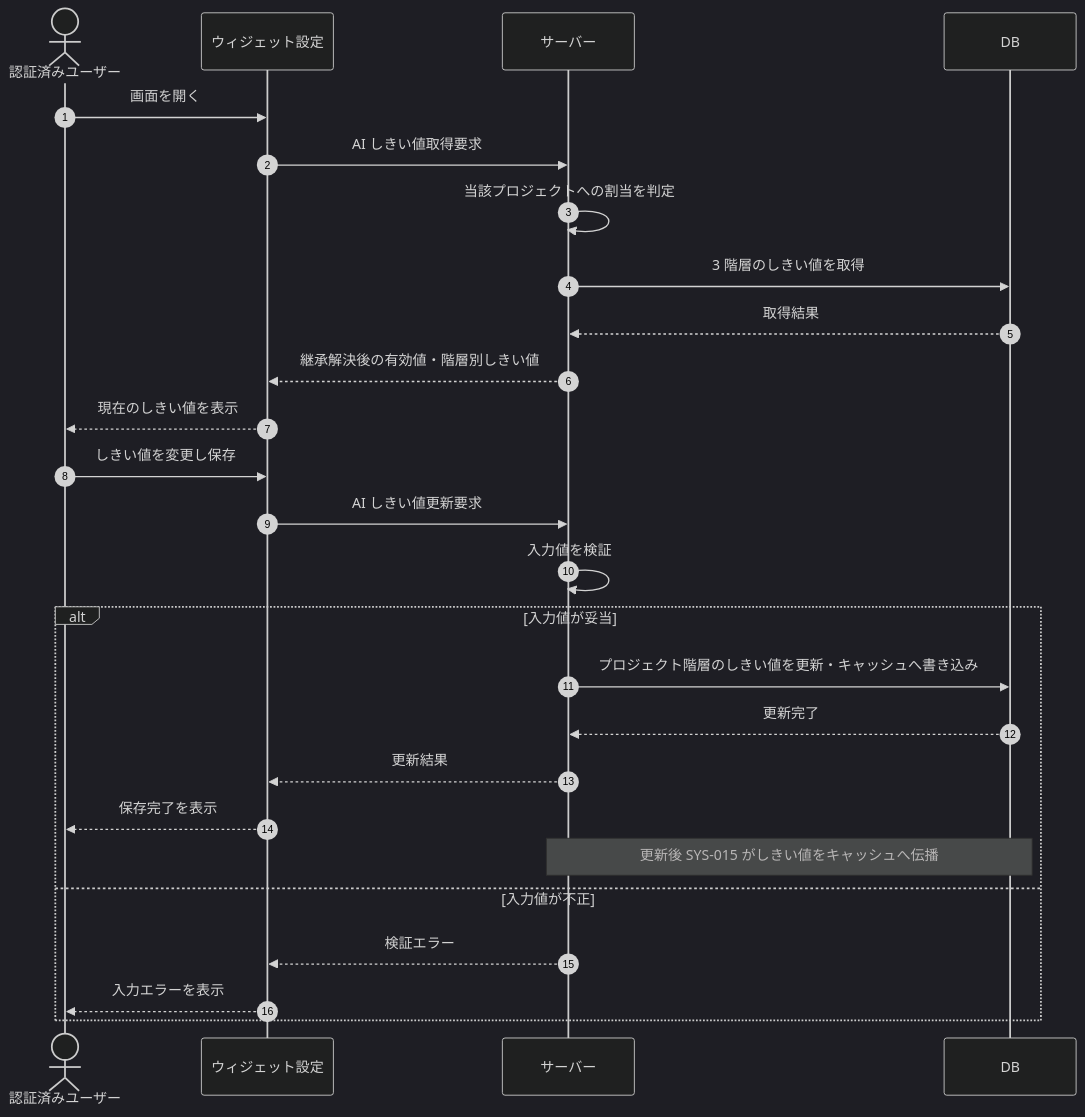
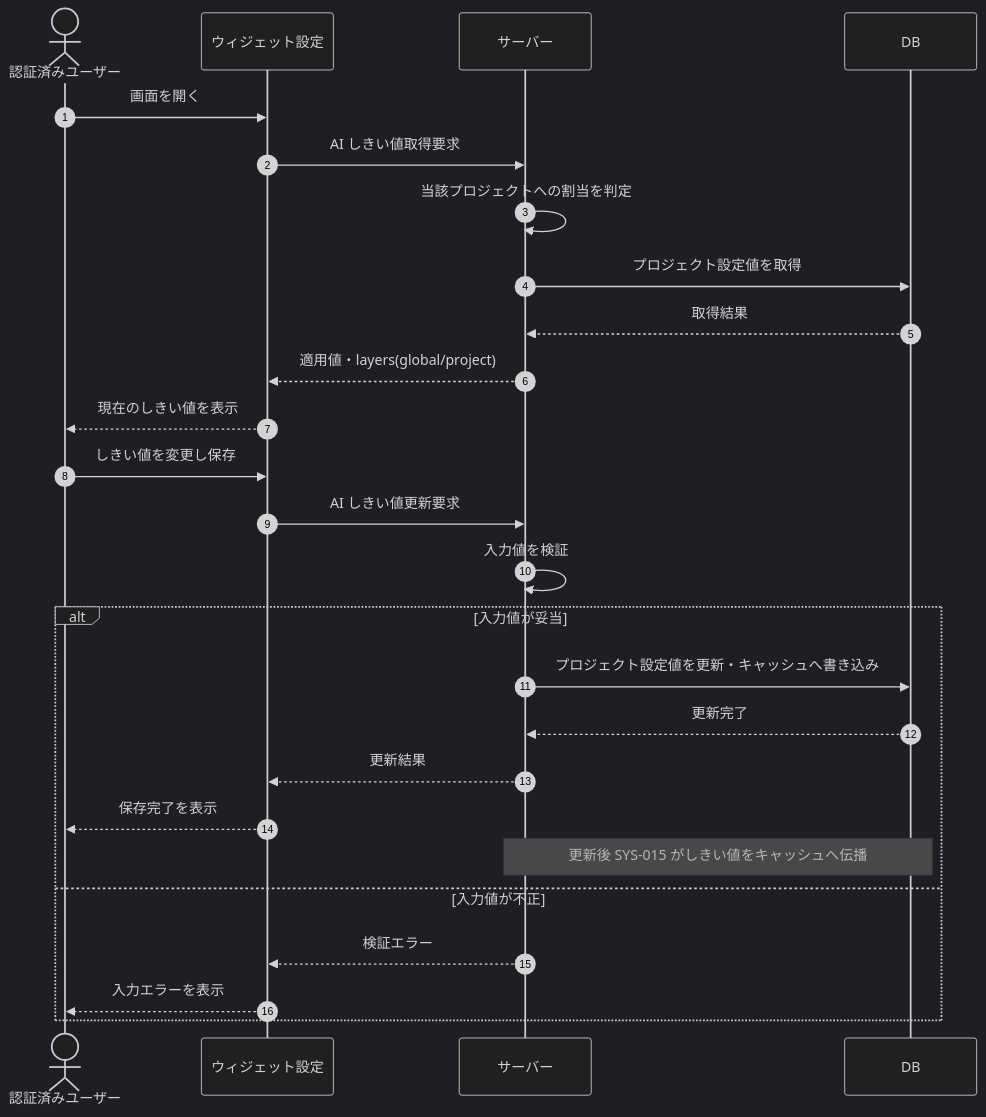
The diagram in 02_basic_design/03_sequences/SEQ-122.md (sikakou54/open-faq), drawn with Mermaid (dark theme) before and after one commit. The commit also changed other lines of this file and 30 other files, not shown here.

````diff
--- a/02_basic_design/03_sequences/SEQ-122.md
+++ b/02_basic_design/03_sequences/SEQ-122.md
@@ -15,28 +15,28 @@
 ```mermaid
 sequenceDiagram
   autonumber
   actor U as 認証済みユーザー
   participant Screen as ウィジェット設定
   participant Server as サーバー
   participant DB as DB
   U->>Screen: 画面を開く
   Screen->>Server: AI しきい値取得要求
   Server->>Server: 当該プロジェクトへの割当を判定
-  Server->>DB: 3 階層のしきい値を取得
+  Server->>DB: プロジェクト設定値を取得
   DB-->>Server: 取得結果
-  Server-->>Screen: 継承解決後の有効値・階層別しきい値
+  Server-->>Screen: 適用値・layers(global/project)
   Screen-->>U: 現在のしきい値を表示
   U->>Screen: しきい値を変更し保存
   Screen->>Server: AI しきい値更新要求
   Server->>Server: 入力値を検証
   alt 入力値が妥当
-    Server->>DB: プロジェクト階層のしきい値を更新・キャッシュへ書き込み
+    Server->>DB: プロジェクト設定値を更新・キャッシュへ書き込み
     DB-->>Server: 更新完了
     Server-->>Screen: 更新結果
     Screen-->>U: 保存完了を表示
     Note over Server,DB: 更新後 SYS-015 がしきい値をキャッシュへ伝播
   else 入力値が不正
     Server-->>Screen: 検証エラー
     Screen-->>U: 入力エラーを表示
   end
 ```
````
